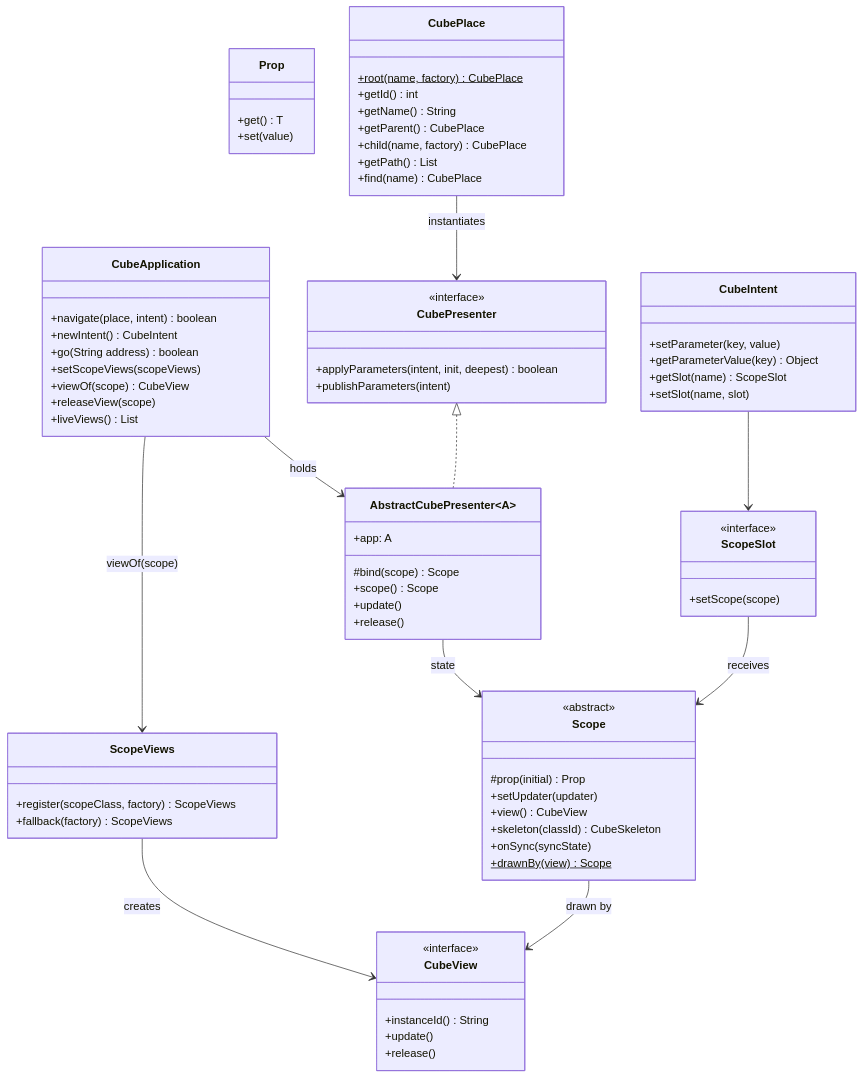
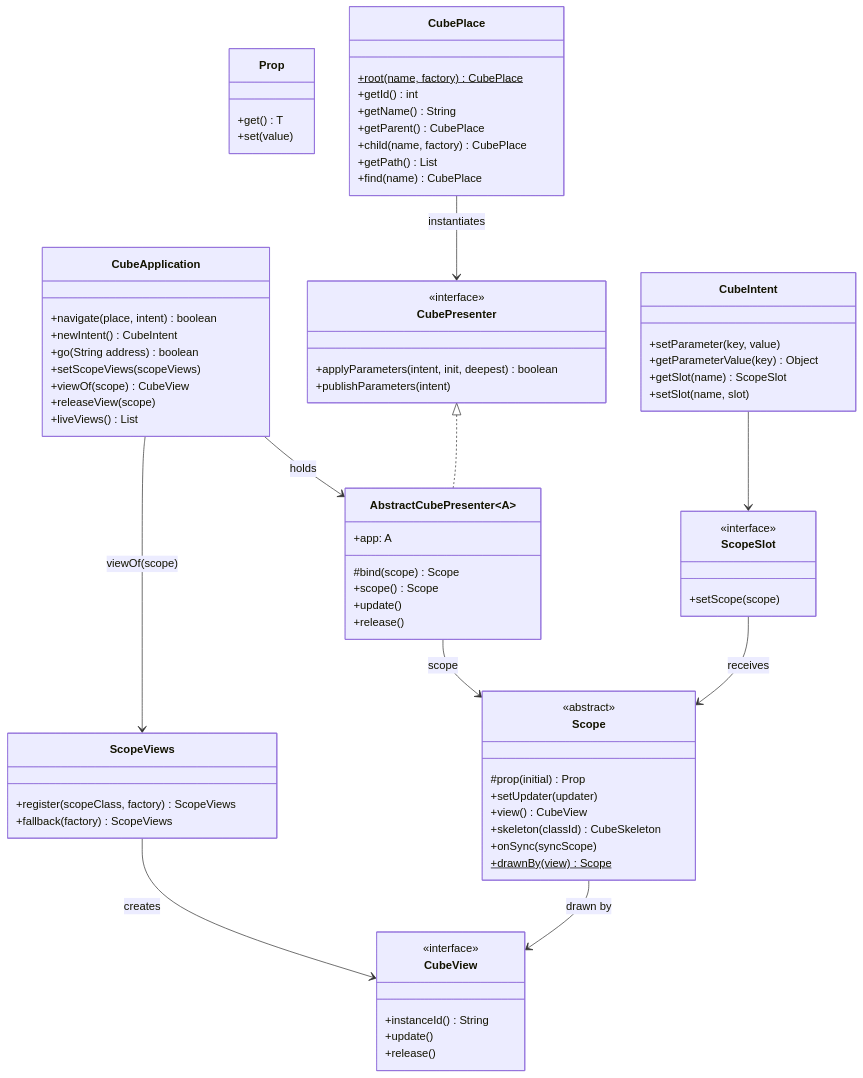
Before and after one commit to mrcdom/wdc-cube-java-v2: the third of 4 diagrams in docs/cube-mvp-multiplatform-architecture.md, drawn with Mermaid. The commit also changed other lines of this file and 222 other files, not shown here.

```diff
--- a/docs/cube-mvp-multiplatform-architecture.md
+++ b/docs/cube-mvp-multiplatform-architecture.md
@@ -407,7 +407,7 @@
         +setUpdater(updater)
         +view() CubeView
         +skeleton(classId) CubeSkeleton
-        +onSync(syncState)
+        +onSync(syncScope)
         +drawnBy(view)$ Scope
     }
 
@@ -451,7 +451,7 @@
     }
 
     CubePresenter <|.. AbstractCubePresenter
-    AbstractCubePresenter --> Scope : state
+    AbstractCubePresenter --> Scope : scope
     Scope --> CubeView : drawn by
     CubePlace --> CubePresenter : instantiates
     CubeIntent --> ScopeSlot
```
